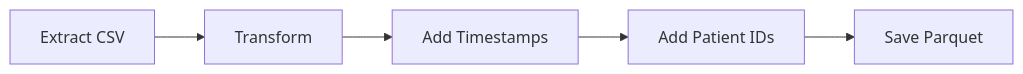
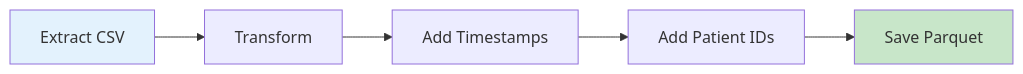
Before and after one commit to velosoberti/MLOps: the second of 5 diagrams in README.md, drawn with Mermaid. The commit also changed other lines of this file, not shown here.

````diff
--- a/README.md
+++ b/README.md
@@ -146,7 +163,10 @@
 ```mermaid
 graph LR
     A[Extract CSV] --> B[Transform]
     B --> C[Add Timestamps]
     C --> D[Add Patient IDs]
     D --> E[Save Parquet]
+    
+    style A fill:#e3f2fd
+    style E fill:#c8e6c9
 ```
````
